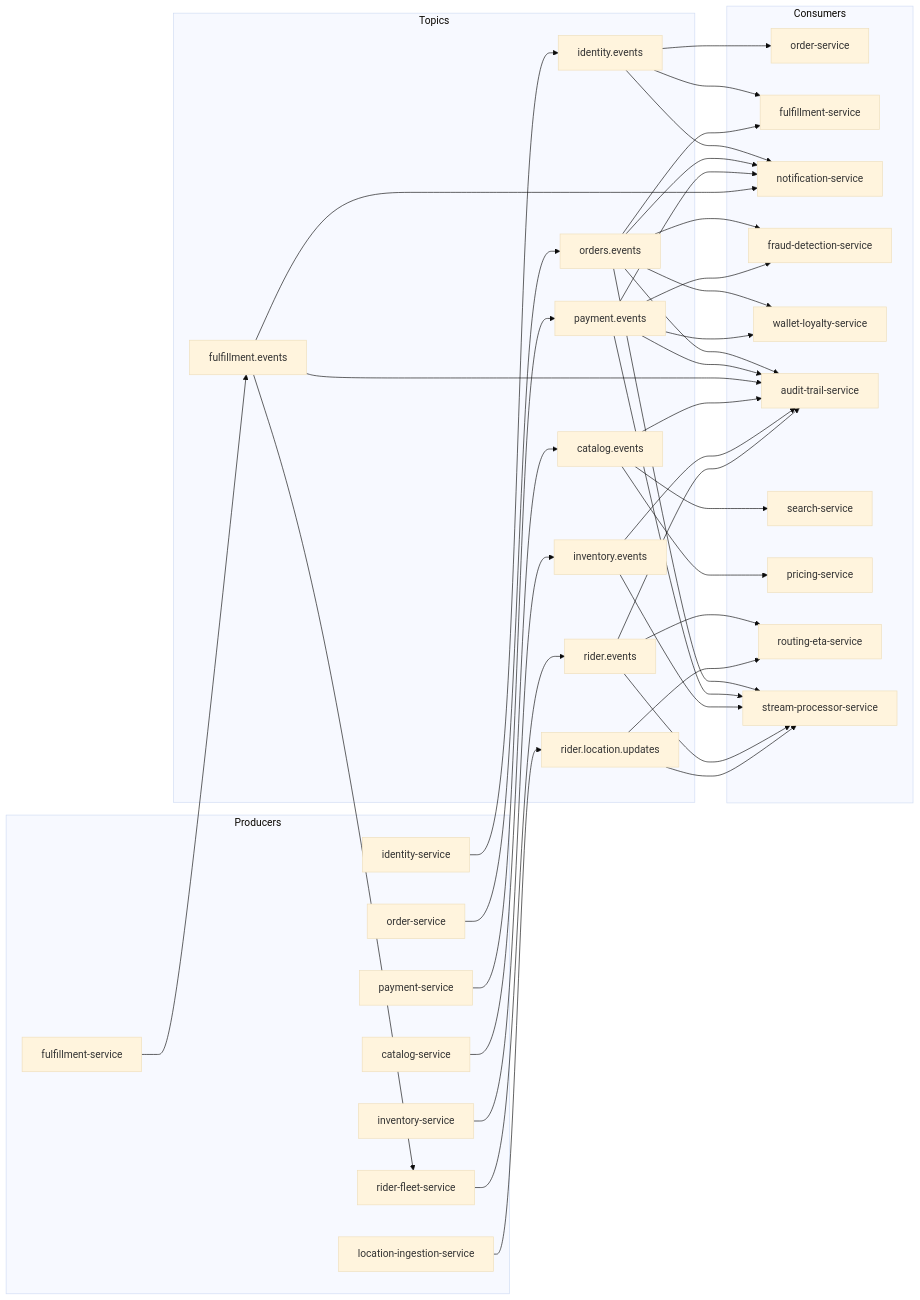
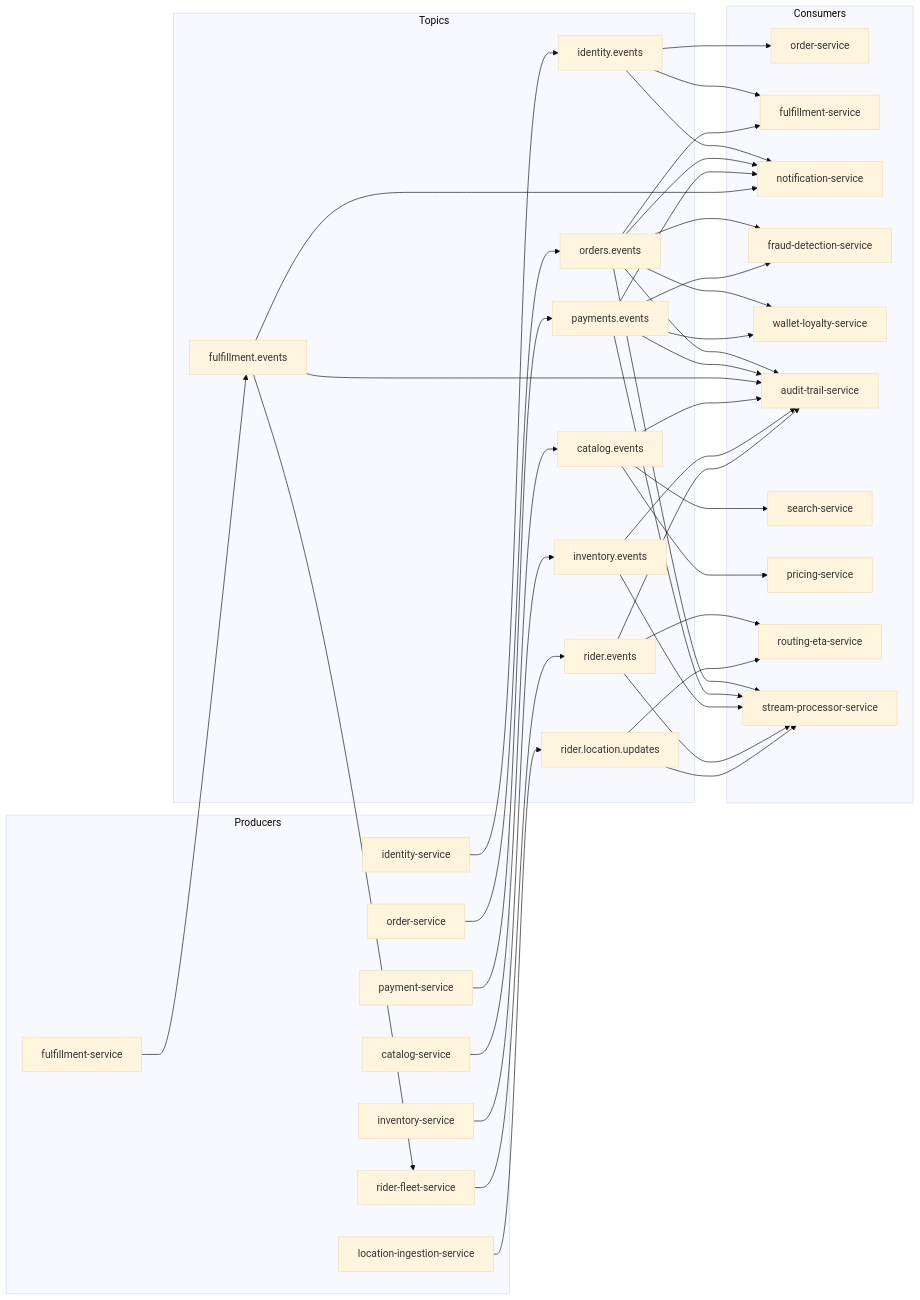
Before and after one commit to sunitakeazycommerz-a11y/InstaCommerce: the eighth of 25 diagrams in docs/architecture/LLD.md, drawn with Mermaid (base theme). The commit also changed other lines of this file and 124 other files, not shown here.

Commit message:
docs: synchronize root, architecture, ADR, service, and archive docs with codebase truth

````diff
--- a/docs/architecture/LLD.md
+++ b/docs/architecture/LLD.md
@@ -297,81 +297,81 @@
 ```mermaid
 flowchart LR
     subgraph Producers
         IDS[identity-service]
         OS[order-service]
         PYS[payment-service]
         FS[fulfillment-service]
         CS[catalog-service]
         IS[inventory-service]
         RFS[rider-fleet-service]
         LI[location-ingestion-service]
     end
 
     subgraph Topics
         T1[identity.events]
         T2[orders.events]
-        T3[payment.events]
+        T3[payments.events]
         T4[fulfillment.events]
         T5[catalog.events]
         T6[inventory.events]
         T7[rider.events]
         T8[rider.location.updates]
     end
 
     subgraph Consumers
         OS2[order-service]
         FS2[fulfillment-service]
         NS[notification-service]
         FD[fraud-detection-service]
         WL[wallet-loyalty-service]
         AT[audit-trail-service]
         SS[search-service]
         PS[pricing-service]
         RE[routing-eta-service]
         SP[stream-processor-service]
     end
 
     IDS --> T1
     OS --> T2
     PYS --> T3
     FS --> T4
     CS --> T5
     IS --> T6
     RFS --> T7
     LI --> T8
 
     T1 --> OS2
     T1 --> FS2
     T1 --> NS
 
     T2 --> FS2
     T2 --> NS
     T2 --> FD
     T2 --> WL
     T2 --> AT
     T2 --> SP
 
     T3 --> NS
     T3 --> FD
     T3 --> WL
     T3 --> AT
     T3 --> SP
 
     T4 --> NS
     T4 --> RFS
     T4 --> AT
 
     T5 --> SS
     T5 --> PS
     T5 --> AT
 
     T6 --> AT
     T6 --> SP
 
     T7 --> RE
     T7 --> AT
     T7 --> SP
 
     T8 --> RE
     T8 --> SP
 ```
````
